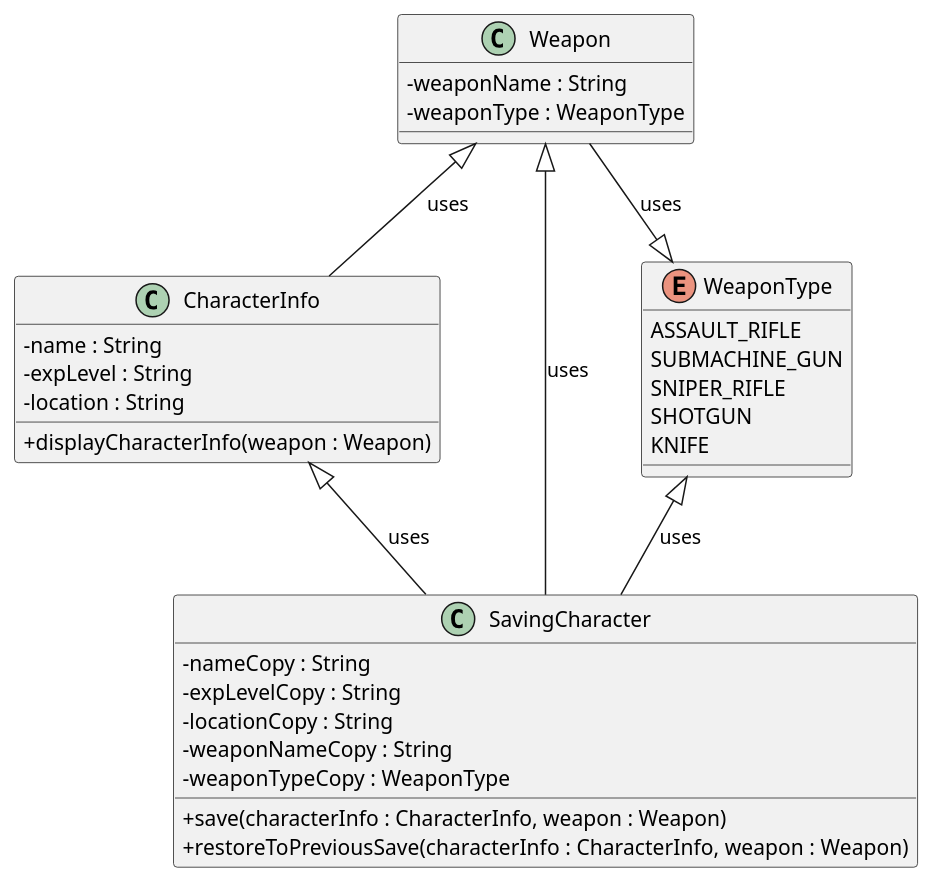
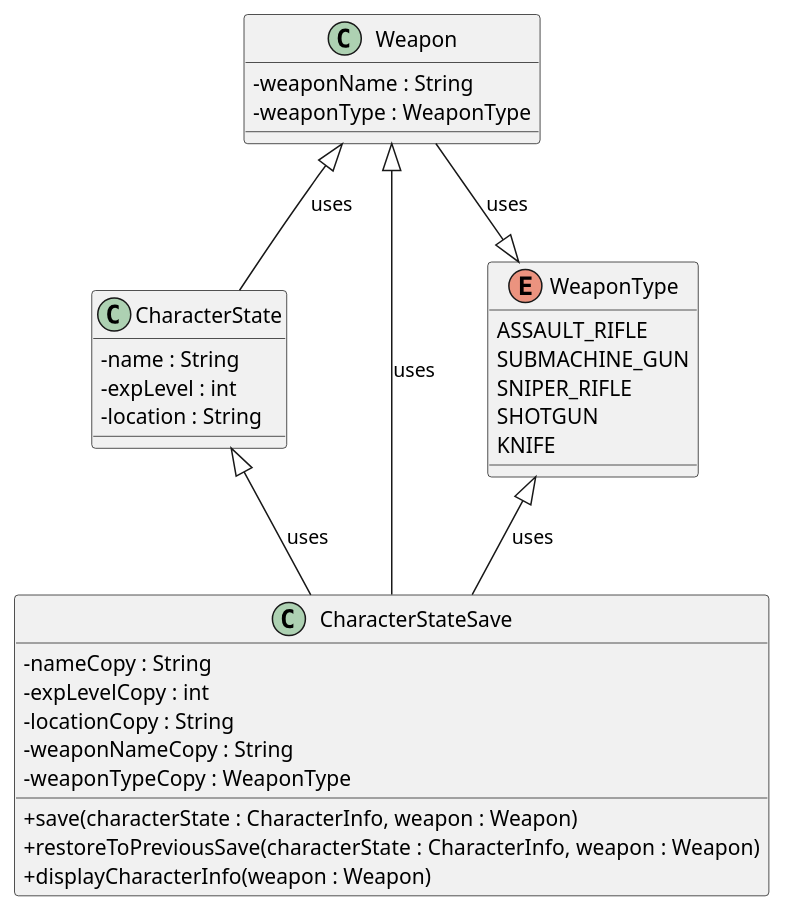
The diagram in src/OpenWorldGame.puml (ShaneMcGinley/Memento), drawn with PlantUML before and after one commit. The commit also changed 10 other files, not shown here.

Commit message:
Updated Class Diagram and Code for Program before Memento is added

```diff
--- a/src/OpenWorldGame.puml
+++ b/src/OpenWorldGame.puml
@@ -1,42 +1,42 @@
 @startuml
 skinparam classAttributeIconSize 0
 
-class CharacterInfo {
+class CharacterState {
 - name : String
-- expLevel : String
+- expLevel : int
 - location : String
-
-+ displayCharacterInfo(weapon : Weapon)
 }
 
-class SavingCharacter {
+class CharacterStateSave {
 - nameCopy : String
-- expLevelCopy : String
+- expLevelCopy : int
 - locationCopy : String
 - weaponNameCopy : String
 - weaponTypeCopy : WeaponType
 
-+ save(characterInfo : CharacterInfo, weapon : Weapon)
-+ restoreToPreviousSave(characterInfo : CharacterInfo, weapon : Weapon)
++ save(characterState : CharacterInfo, weapon : Weapon)
++ restoreToPreviousSave(characterState : CharacterInfo, weapon : Weapon)
++ displayCharacterInfo(weapon : Weapon)
 }
 
 class Weapon {
 - weaponName : String
 - weaponType : WeaponType
 }
-
-Weapon --|> WeaponType : uses
-Weapon <|-- CharacterInfo : uses
-Weapon <|-- SavingCharacter : uses
-WeaponType <|-- SavingCharacter : uses
-CharacterInfo <|-- SavingCharacter : uses
 
 enum WeaponType {
 ASSAULT_RIFLE
 SUBMACHINE_GUN
 SNIPER_RIFLE
 SHOTGUN
 KNIFE
 }
 
+Weapon --|> WeaponType : uses
+Weapon <|-- CharacterState : uses
+Weapon <|-- CharacterStateSave : uses
+WeaponType <|-- CharacterStateSave : uses
+CharacterState <|-- CharacterStateSave : uses
+
+
 @enduml
```
